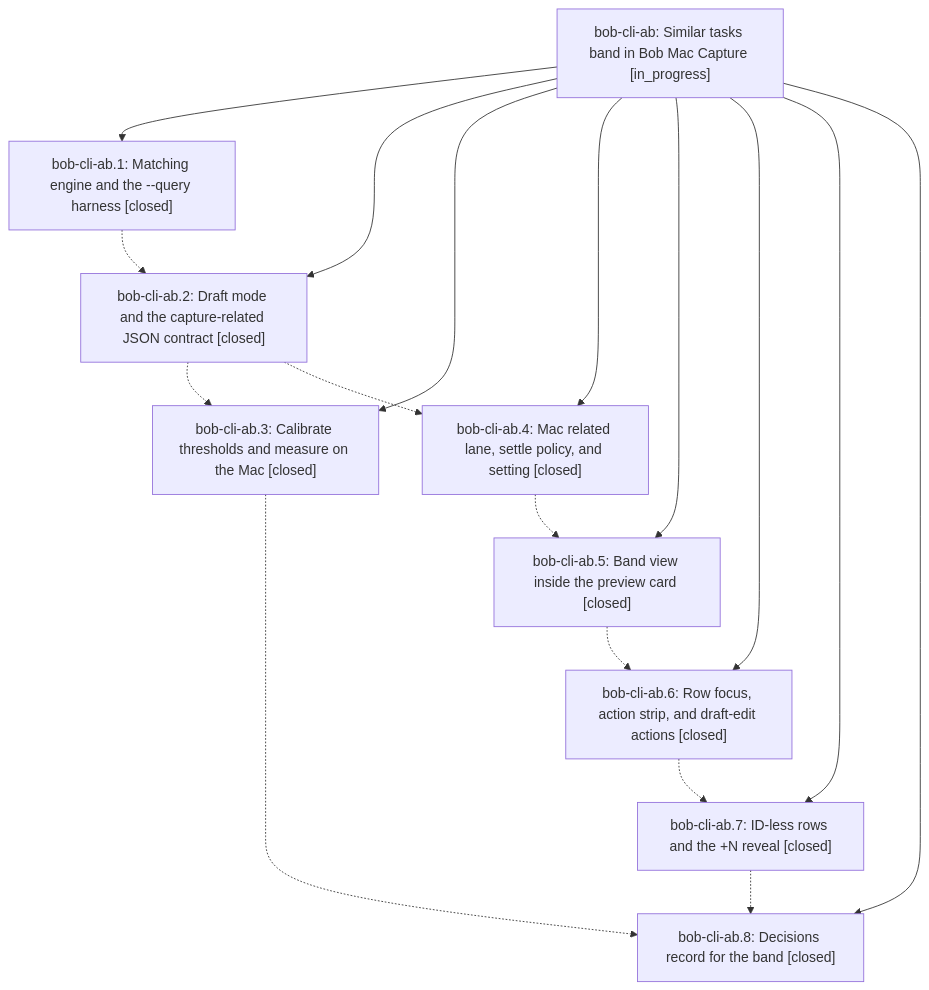
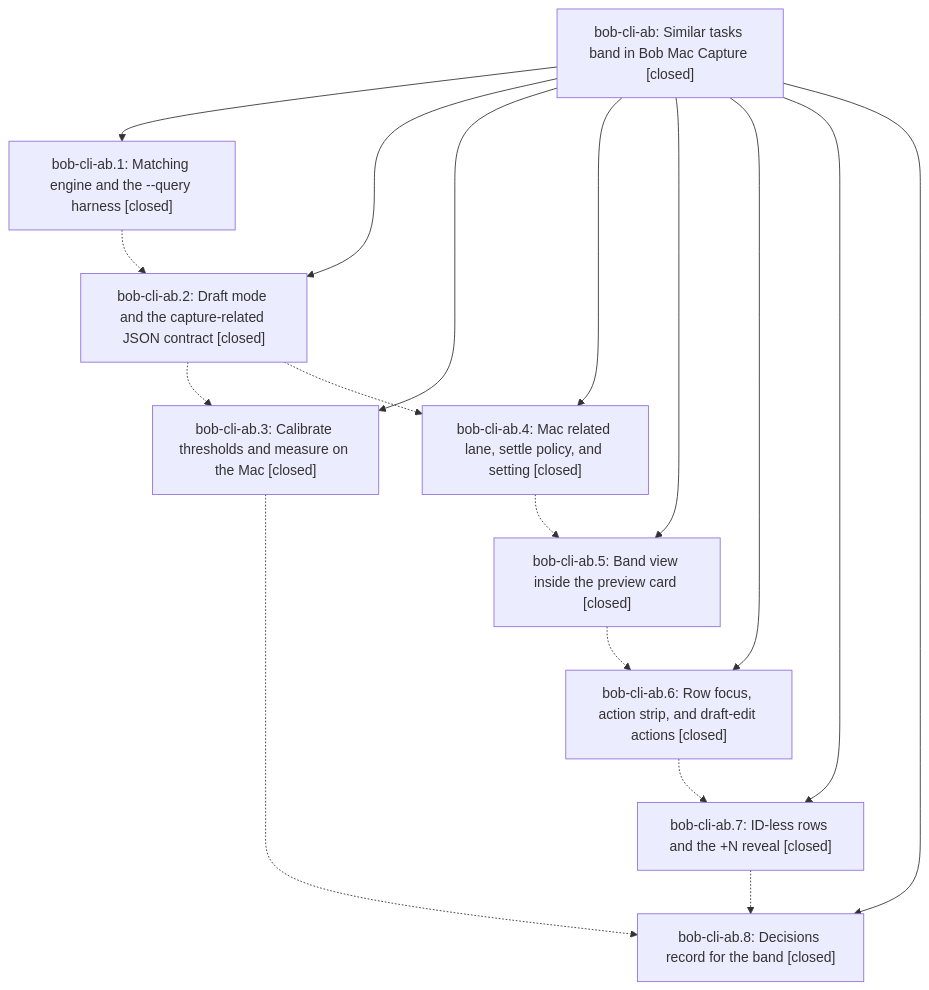
One commit to bobs-org/bob-cli--beads changed the diagram in pages/bob-cli-ab/README.md. Above: the diagram before and after it, drawn with Mermaid. The commit also changed other lines of this file and 8 other files, not shown here.

First line of the commit message:
chore(beads): sync bead state and pages for bob-cli-ab

````diff
--- a/pages/bob-cli-ab/README.md
+++ b/pages/bob-cli-ab/README.md
@@ -43,28 +59,28 @@
 ```mermaid
 flowchart TD
-    n0["bob-cli-ab: Similar tasks band in Bob Mac Capture [in_progress]"]
+    n0["bob-cli-ab: Similar tasks band in Bob Mac Capture [closed]"]
     n1["bob-cli-ab.1: Matching engine and the --query harness [closed]"]
     n2["bob-cli-ab.2: Draft mode and the capture-related JSON contract [closed]"]
     n3["bob-cli-ab.3: Calibrate thresholds and measure on the Mac [closed]"]
     n4["bob-cli-ab.4: Mac related lane, settle policy, and setting [closed]"]
     n5["bob-cli-ab.5: Band view inside the preview card [closed]"]
     n6["bob-cli-ab.6: Row focus, action strip, and draft-edit actions [closed]"]
     n7["bob-cli-ab.7: ID-less rows and the +N reveal [closed]"]
     n8["bob-cli-ab.8: Decisions record for the band [closed]"]
     n0 --> n1
     n0 --> n2
     n0 --> n3
     n0 --> n4
     n0 --> n5
     n0 --> n6
     n0 --> n7
     n0 --> n8
     n1 -.-> n2
     n2 -.-> n3
     n2 -.-> n4
     n3 -.-> n8
     n4 -.-> n5
     n5 -.-> n6
     n6 -.-> n7
     n7 -.-> n8
 ```
````
